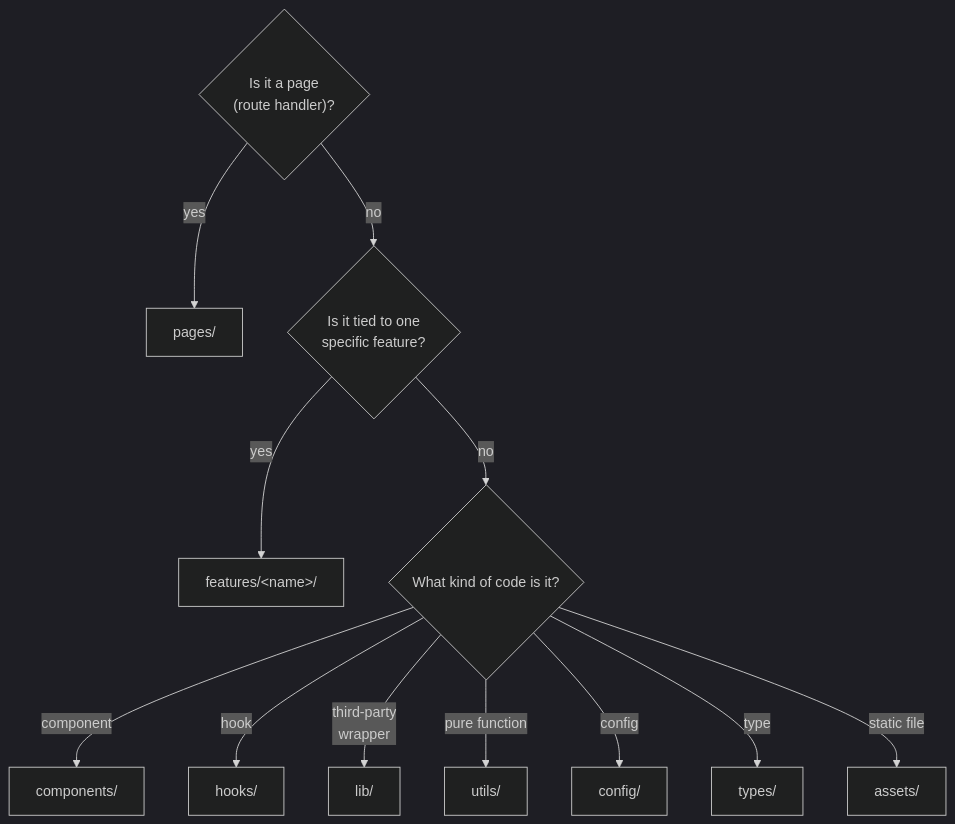
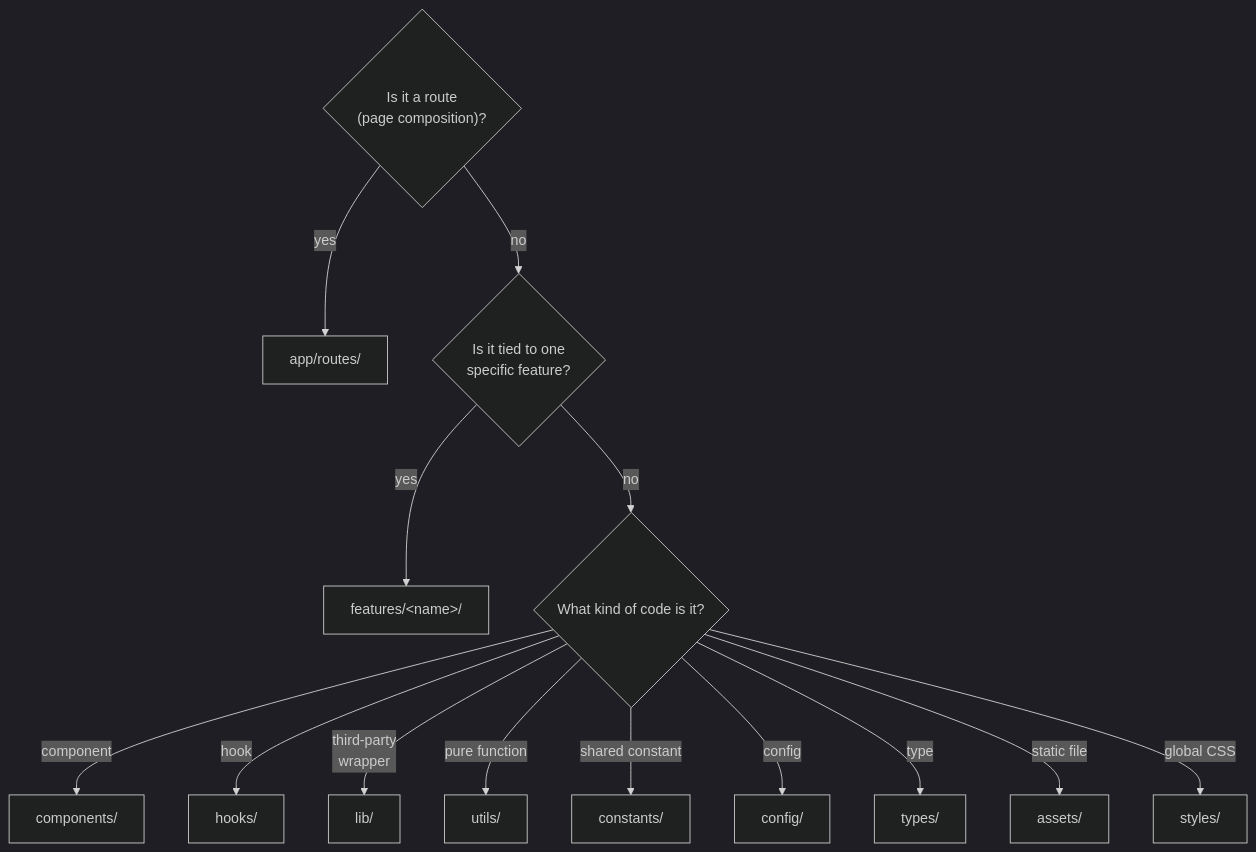
The second of 2 diagrams in docs/architecture/web-features-layout.md (iangoodnight/delve-moar), drawn with Mermaid (dark theme) before and after one commit. The commit also changed other lines of this file, not shown here.

````diff
--- a/docs/architecture/web-features-layout.md
+++ b/docs/architecture/web-features-layout.md
@@ -140,15 +168,17 @@
 ```mermaid
 flowchart TD
-    Q1{"Is it a page<br/>(route handler)?"}
-    Q1 -- yes --> P[pages/]
+    Q1{"Is it a route<br/>(page composition)?"}
+    Q1 -- yes --> P["app/routes/"]
     Q1 -- no --> Q2{"Is it tied to one<br/>specific feature?"}
     Q2 -- yes --> F[features/&lt;name&gt;/]
     Q2 -- no --> Q3{"What kind of code is it?"}
     Q3 -- component --> C[components/]
     Q3 -- hook --> H[hooks/]
     Q3 -- third-party<br/>wrapper --> L[lib/]
     Q3 -- pure function --> U[utils/]
+    Q3 -- shared constant --> CN[constants/]
     Q3 -- config --> CF[config/]
     Q3 -- type --> T[types/]
     Q3 -- static file --> A[assets/]
+    Q3 -- global CSS --> S[styles/]
 ```
````
